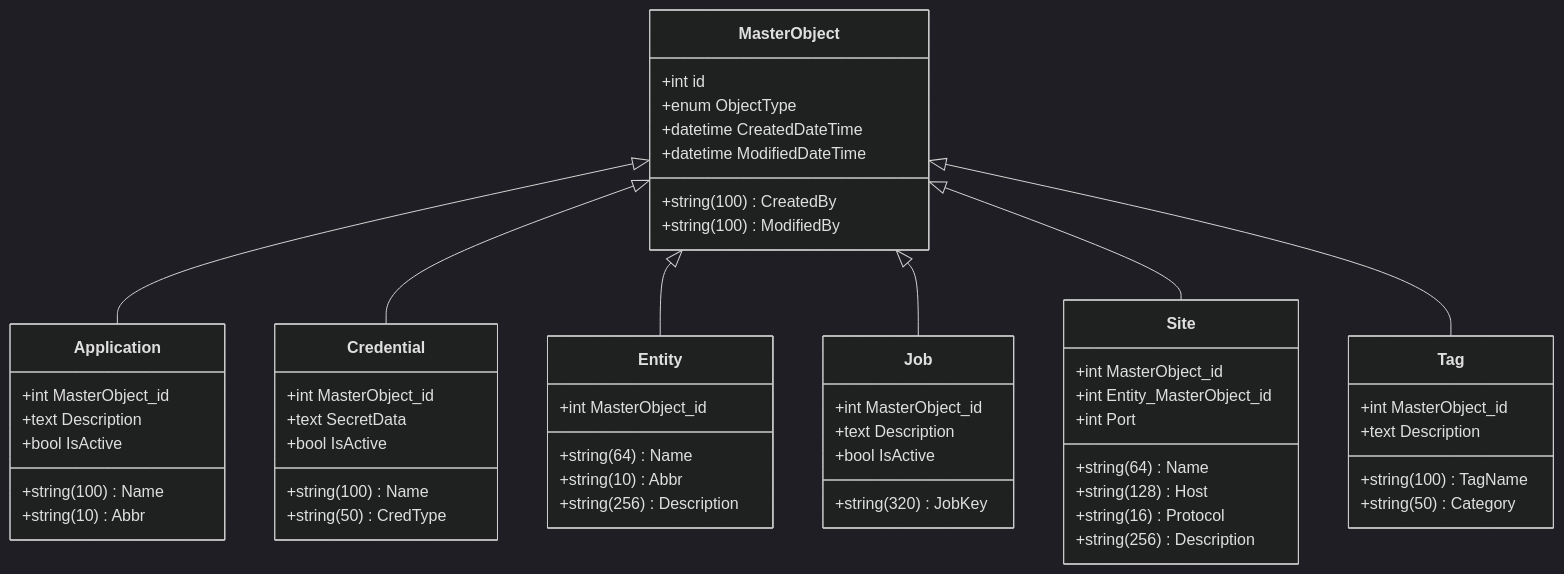
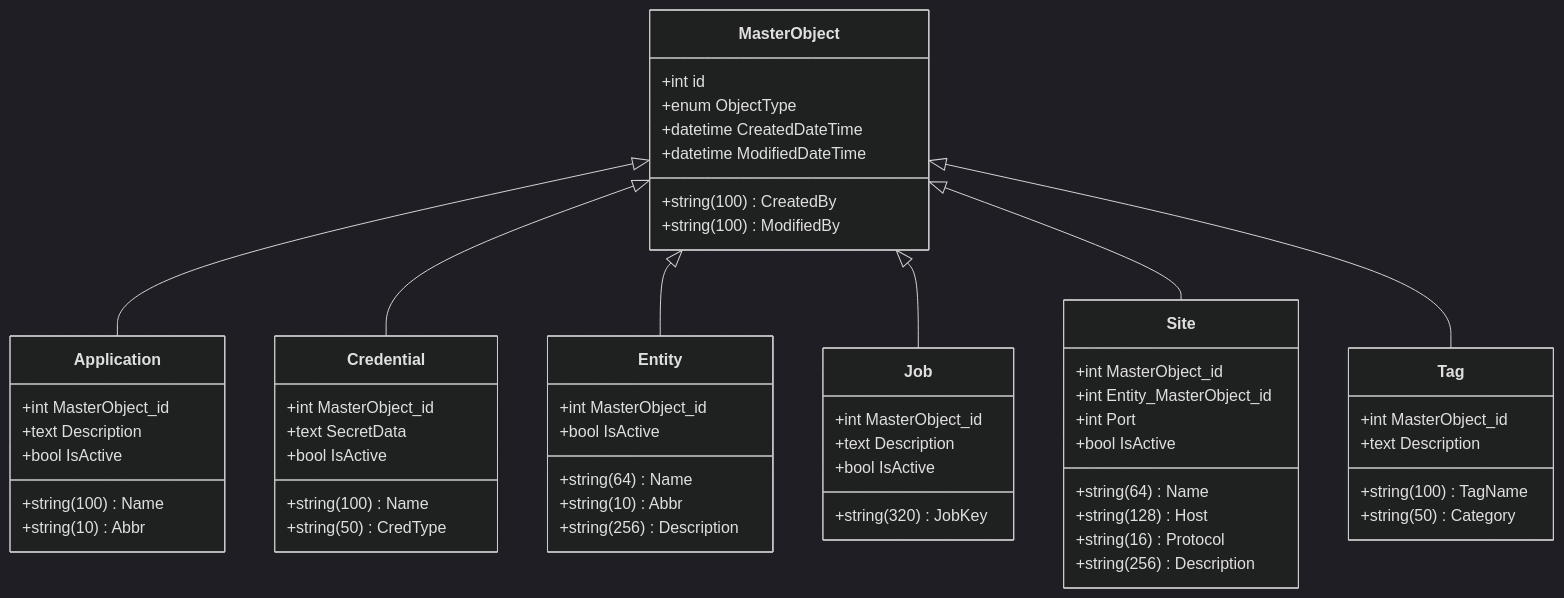
One commit to JayCBoal/AutomationApp changed the first of 3 diagrams in docs/PYTHON_MODEL.md. Above: the diagram before and after it, drawn with Mermaid (dark theme). The commit also changed other lines of this file and 37 other files, not shown here.

````diff
--- a/docs/PYTHON_MODEL.md
+++ b/docs/PYTHON_MODEL.md
@@ -11,59 +11,61 @@
 ```mermaid
 classDiagram
     direction TB
     class MasterObject {
         +int id
         +enum ObjectType
         +datetime CreatedDateTime
         +string(100) CreatedBy
         +datetime ModifiedDateTime
         +string(100) ModifiedBy
     }
     class Application {
         +int MasterObject_id
         +string(100) Name
         +string(10) Abbr
         +text Description
         +bool IsActive
     }
     MasterObject <|-- Application
     class Credential {
         +int MasterObject_id
         +string(100) Name
         +string(50) CredType
         +text SecretData
         +bool IsActive
     }
     MasterObject <|-- Credential
     class Entity {
         +int MasterObject_id
         +string(64) Name
         +string(10) Abbr
         +string(256) Description
+        +bool IsActive
     }
     MasterObject <|-- Entity
     class Job {
         +int MasterObject_id
         +string(320) JobKey
         +text Description
         +bool IsActive
     }
     MasterObject <|-- Job
     class Site {
         +int MasterObject_id
         +int Entity_MasterObject_id
         +string(64) Name
         +string(128) Host
         +int Port
         +string(16) Protocol
         +string(256) Description
+        +bool IsActive
     }
     MasterObject <|-- Site
     class Tag {
         +int MasterObject_id
         +string(100) TagName
         +string(50) Category
         +text Description
     }
     MasterObject <|-- Tag
 ```
````
